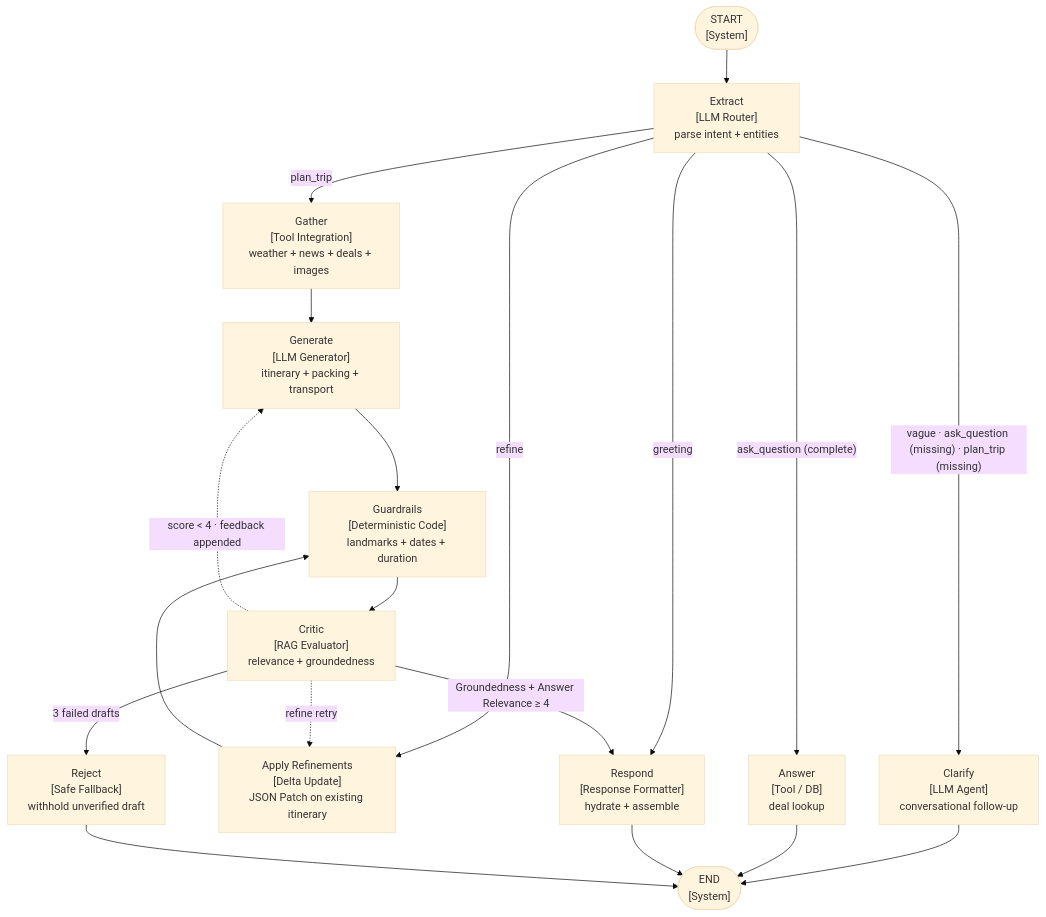
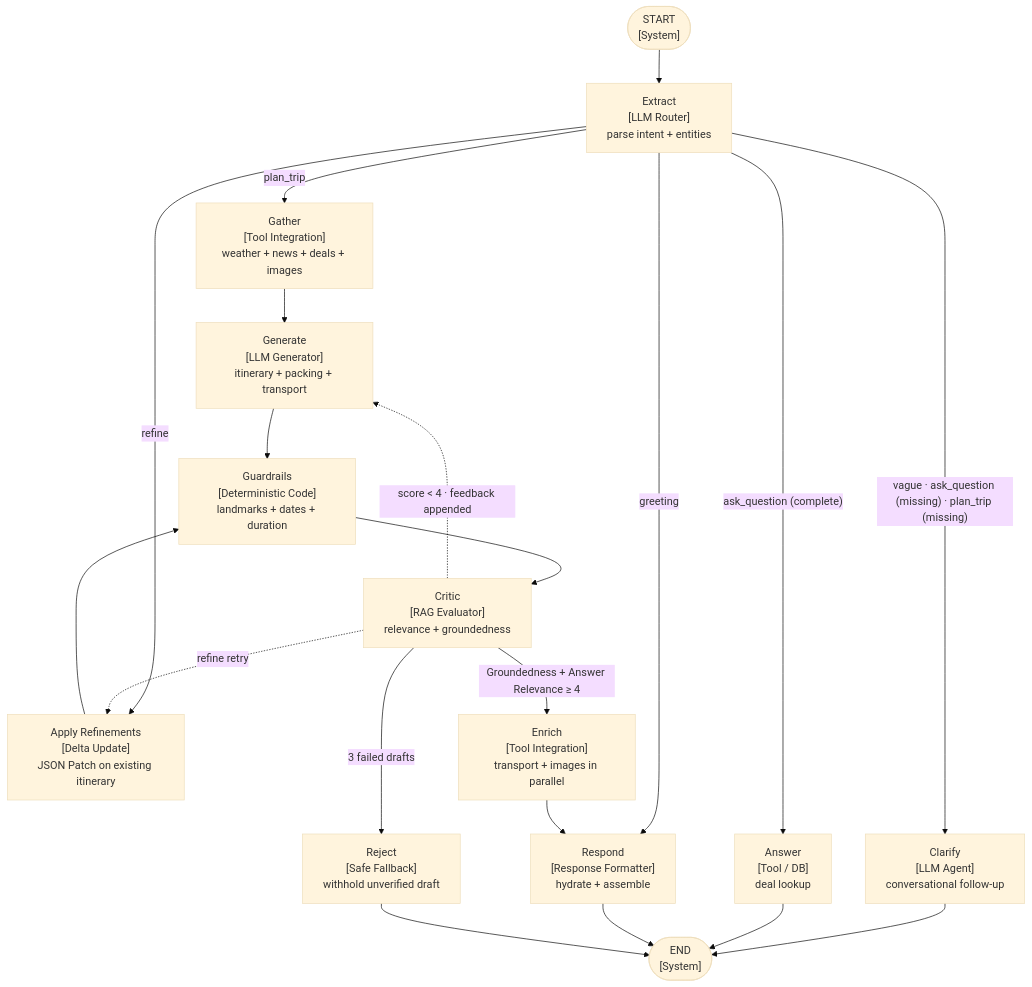
The diagram in README.md (hadileonard08/jalan), drawn with Mermaid (base theme) before and after one commit. The commit also changed other lines of this file, not shown here.

Commit message:
Update LangGraph diagram: add Enrich node and refine retry path.
- Added Enrich node (transport + images in parallel) between Critic
  approval and Respond — was missing from the diagram.
- Critic approval now routes to Enrich (not directly to Respond).
- Enrich routes to Respond.
- Added Enrich row to the node description table.
- Updated Respond description to reflect it assembles the final response
  (image hydration now happens in Enrich, not Respond).

Generated with Devin

````diff
--- a/README.md
+++ b/README.md
@@ -62,46 +62,50 @@
 ```mermaid
 flowchart TD
     START(["START<br/>[System]"])
     END(["END<br/>[System]"])
 
     extract["Extract<br/>[LLM Router]<br/>parse intent + entities"]
     clarify["Clarify<br/>[LLM Agent]<br/>conversational follow-up"]
     gather["Gather<br/>[Tool Integration]<br/>weather + news + deals + images"]
     generate["Generate<br/>[LLM Generator]<br/>itinerary + packing + transport"]
     applyRefinements["Apply Refinements<br/>[Delta Update]<br/>JSON Patch on existing itinerary"]
     guardrails["Guardrails<br/>[Deterministic Code]<br/>landmarks + dates + duration"]
     critic["Critic<br/>[RAG Evaluator]<br/>relevance + groundedness"]
+    enrich["Enrich<br/>[Tool Integration]<br/>transport + images in parallel"]
     answer["Answer<br/>[Tool / DB]<br/>deal lookup"]
     respond["Respond<br/>[Response Formatter]<br/>hydrate + assemble"]
     reject["Reject<br/>[Safe Fallback]<br/>withhold unverified draft"]
 
     %% Entry
     START --> extract
 
     %% Extract routing — consolidated labels to avoid overlap
     extract -->|"greeting"| respond
     extract -->|"vague · ask_question (missing) · plan_trip (missing)"| clarify
     extract -->|"ask_question (complete)"| answer
     extract -->|"plan_trip"| gather
     extract -->|"refine"| applyRefinements
 
     %% Clarifications and direct answers are already final responses
     clarify --> END
     answer --> END
 
     %% Main pipeline
     gather --> generate
     generate --> guardrails
     applyRefinements --> guardrails
     guardrails --> critic
 
-    %% Retrieval runs once; only generation repeats during self-correction
-    critic -->|"Groundedness + Answer Relevance ≥ 4"| respond
+    %% Critic routing — approval goes to enrichment, rejection goes back to generation
+    critic -->|"Groundedness + Answer Relevance ≥ 4"| enrich
     critic -.->|"score < 4 · feedback appended"| generate
     critic -.->|"refine retry"| applyRefinements
     critic -->|"3 failed drafts"| reject
+
+    %% Enrichment runs transport + images concurrently, then responds
+    enrich --> respond
 
     %% Terminal
     respond --> END
     reject --> END
 ```
````
